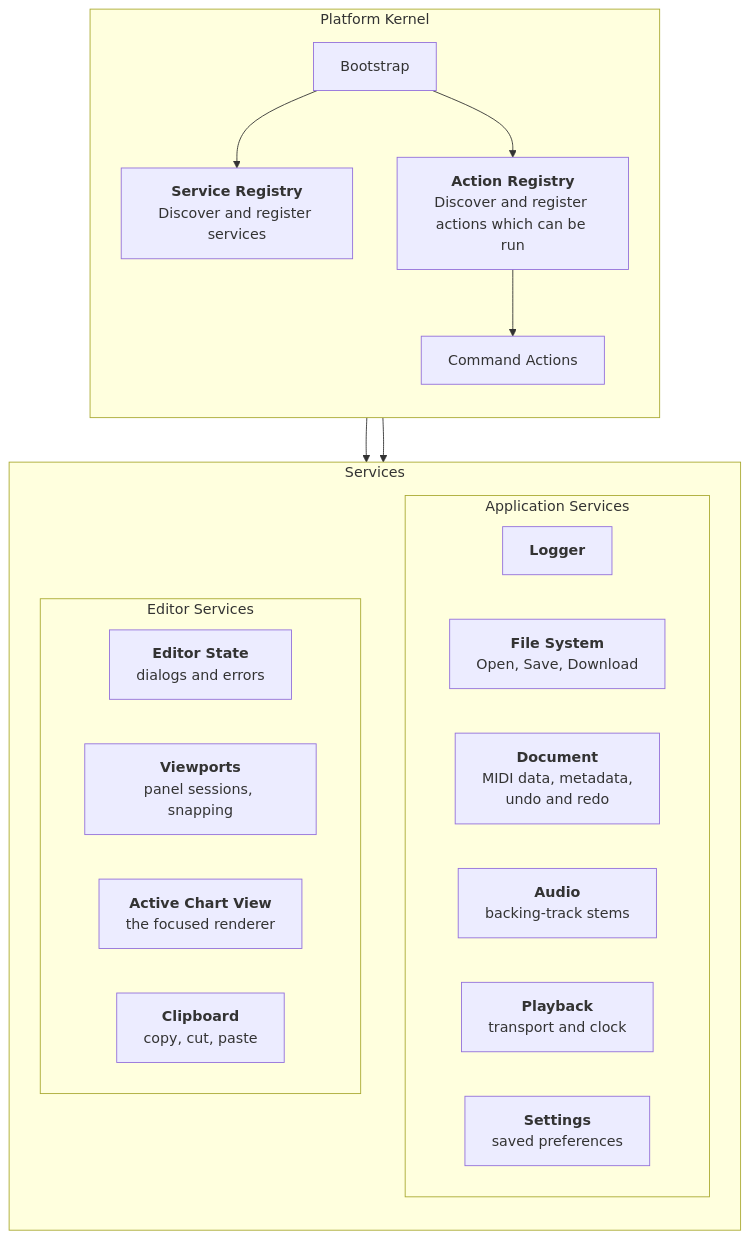
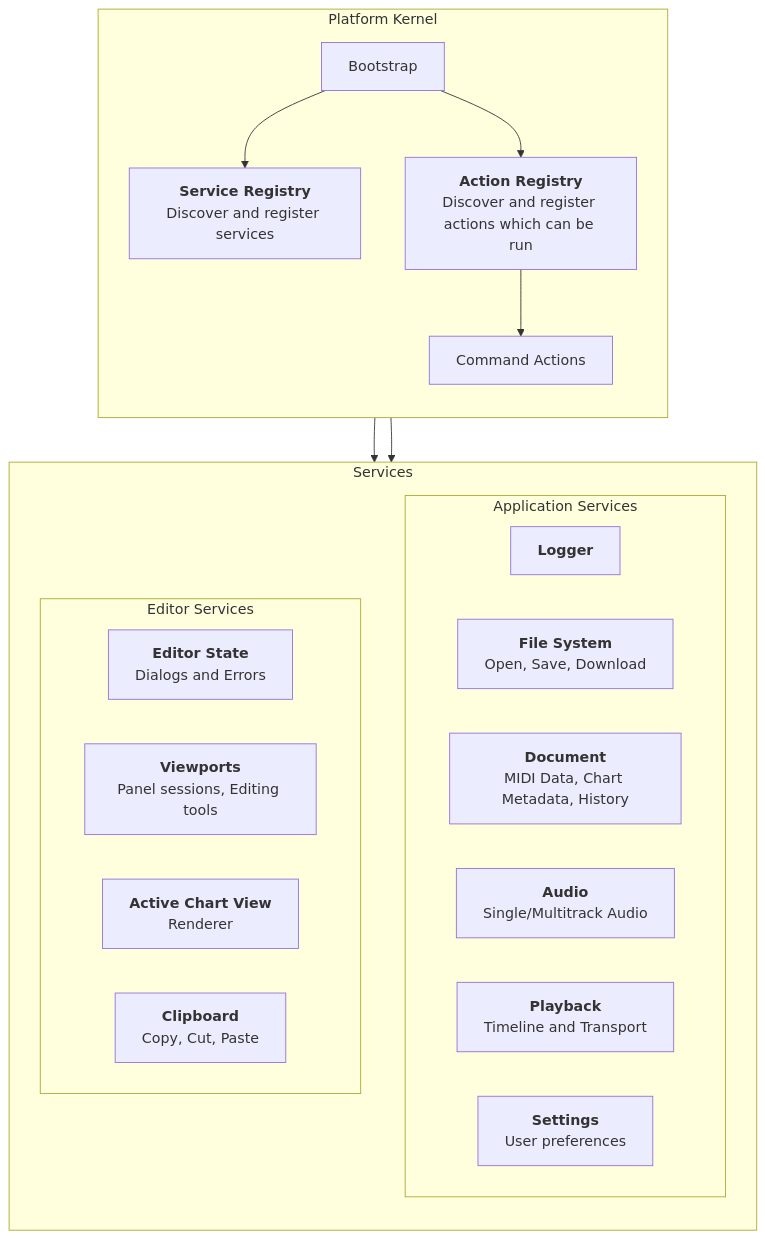
Before and after one commit to thomascswalker/openchart: the second of 2 diagrams in docs/index.md, drawn with Mermaid.

Commit message:
Update documentation for Application and Editor Services

````diff
--- a/docs/index.md
+++ b/docs/index.md
@@ -49,37 +49,37 @@
 ```mermaid
 flowchart TD
     direction LR
         subgraph KERNEL["Platform Kernel"]
             direction TB
             NAMING["Bootstrap"]
             SR["<b>Service Registry</b><br/>Discover and register services"]
             AR["<b>Action Registry</b><br/>Discover and register actions which can be run"]
             ACTIONS["Command Actions"]
         end
 
         subgraph SERVICES["Services"]
             direction TB
             subgraph APPSVC["Application Services"]
                 direction LR
                 LOG["<b>Logger</b>"]
                 FSYS["<b>File System</b><br/>Open, Save, Download"]
-                DOC["<b>Document</b><br/>MIDI data, metadata,<br/>undo and redo"]
-                AUD["<b>Audio</b><br/>backing-track stems"]
-                PB["<b>Playback</b><br/>transport and clock"]
-                SET["<b>Settings</b><br/>saved preferences"]
+                DOC["<b>Document</b><br/>MIDI Data, Chart Metadata, History"]
+                AUD["<b>Audio</b><br/>Single/Multitrack Audio"]
+                PB["<b>Playback</b><br/>Timeline and Transport"]
+                SET["<b>Settings</b><br/>User preferences"]
             end
             subgraph EDSVC["Editor Services"]
                 direction LR
-                EST["<b>Editor State</b><br/>dialogs and errors"]
-                VPS["<b>Viewports</b><br/>panel sessions, snapping"]
-                ACV["<b>Active Chart View</b><br/>the focused renderer"]
-                CLIP["<b>Clipboard</b><br/>copy, cut, paste"]
+                EST["<b>Editor State</b><br/>Dialogs and Errors"]
+                VPS["<b>Viewports</b><br/>Panel sessions, Editing tools"]
+                ACV["<b>Active Chart View</b><br/>Renderer"]
+                CLIP["<b>Clipboard</b><br/>Copy, Cut, Paste"]
             end
         end
         
         NAMING --> SR
         NAMING --> AR
         AR --> ACTIONS
         SR --> SERVICES
         ACTIONS --> SERVICES
 ```
````
